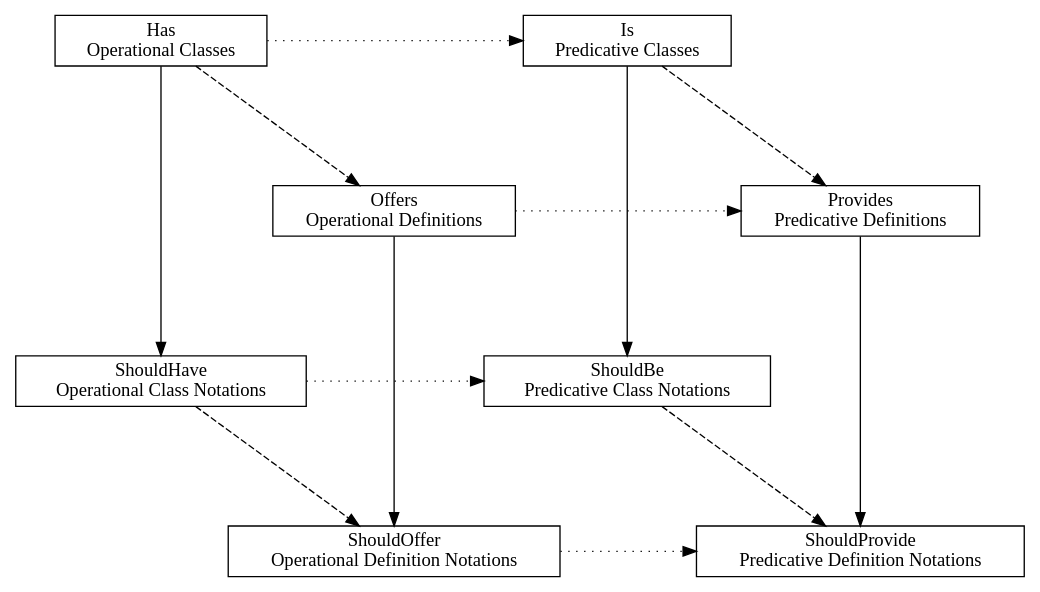
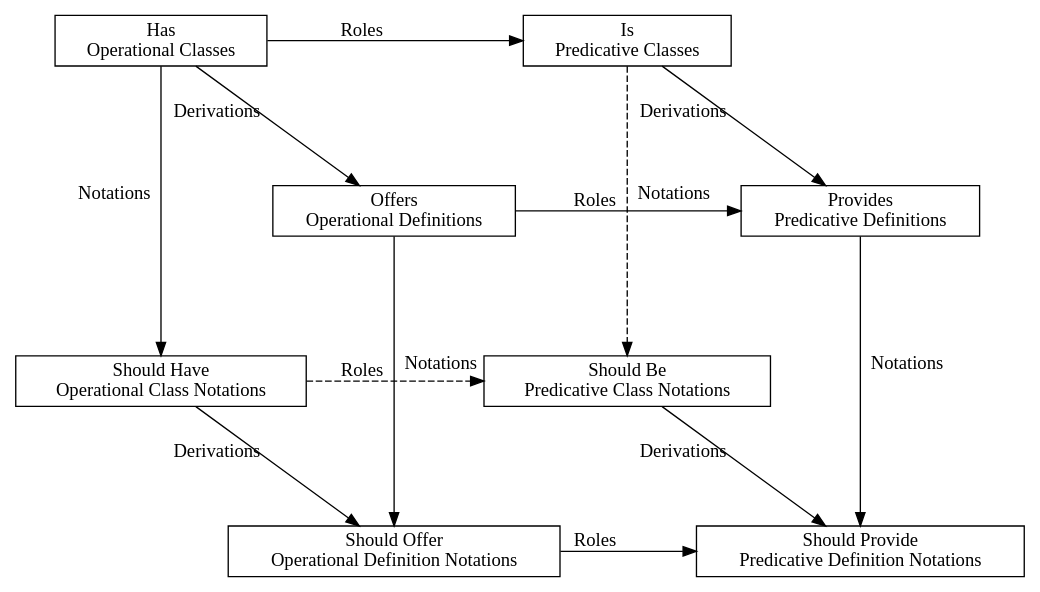
The diagram in bird/what.dot (Tuplanolla/dez), drawn with Graphviz before and after one commit. The commit also changed 3 other files, not shown here.

```diff
--- a/bird/what.dot
+++ b/bird/what.dot
@@ -1,35 +1,35 @@
 digraph what {
   graph [layout = neato, overlap = false, ratio = 0.5]
 
   node [shape = box]
 
   OC [label = "Has\nOperational Classes", pos = "-1, 0!"]
-  OCN [label = "ShouldHave\nOperational Class Notations", pos = "-1, -2!"]
+  OCN [label = "Should Have\nOperational Class Notations", pos = "-1, -2!"]
   OD [label = "Offers\nOperational Definitions", pos = "0, -1!"]
-  ODN [label = "ShouldOffer\nOperational Definition Notations", pos = "0, -3!"]
+  ODN [label = "Should Offer\nOperational Definition Notations", pos = "0, -3!"]
   PC [label = "Is\nPredicative Classes", pos = "1, 0!"]
-  PCN [label = "ShouldBe\nPredicative Class Notations", pos = "1, -2!"]
+  PCN [label = "Should Be\nPredicative Class Notations", pos = "1, -2!"]
   PD [label = "Provides\nPredicative Definitions", pos = "2, -1!"]
-  PDN [label = "ShouldProvide\nPredicative Definition Notations", pos = "2, -3!"]
+  PDN [label = "Should Provide\nPredicative Definition Notations", pos = "2, -3!"]
 
-  edge [style = solid]
+  edge [label = "Notations"]
 
   OC -> OCN
   OD -> ODN
-  PC -> PCN
+  PC -> PCN [style = dashed]
   PD -> PDN
 
-  edge [style = dashed]
+  edge [label = "Derivations"]
 
   OC -> OD
   OCN -> ODN
   PC -> PD
   PCN -> PDN
 
-  edge [style = dotted]
+  edge [label = "Roles"]
 
   OC -> PC
-  OCN -> PCN
+  OCN -> PCN [style = dashed]
   OD -> PD
   ODN -> PDN
 }
```
